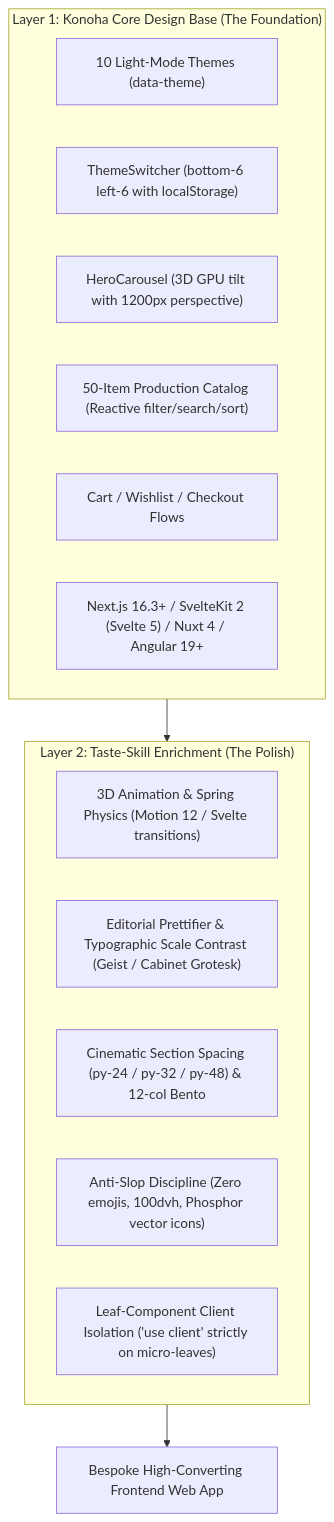
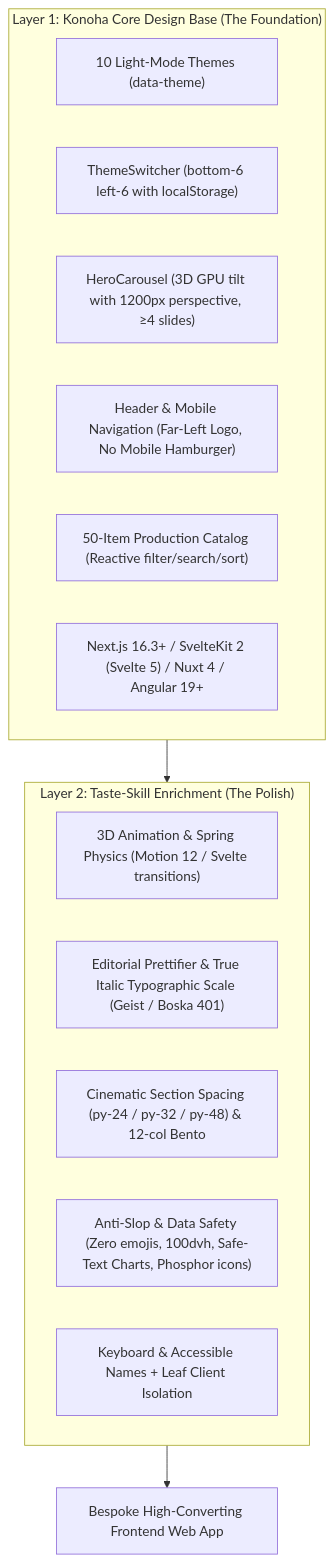
Before and after one commit to andycungkrinx91/konoha: the diagram in src/templates/skills/jonin-skill/references/taste-skill-frontend-expert.md, drawn with Mermaid. The commit also changed other lines of this file and 54 other files, not shown here.

````diff
--- a/src/templates/skills/jonin-skill/references/taste-skill-frontend-expert.md
+++ b/src/templates/skills/jonin-skill/references/taste-skill-frontend-expert.md
@@ -11,22 +12,22 @@
 ```mermaid
 flowchart TD
     subgraph Layer1 ["Layer 1: Konoha Core Design Base (The Foundation)"]
         K1["10 Light-Mode Themes (data-theme)"]
         K2["ThemeSwitcher (bottom-6 left-6 with localStorage)"]
-        K3["HeroCarousel (3D GPU tilt with 1200px perspective)"]
-        K4["50-Item Production Catalog (Reactive filter/search/sort)"]
-        K5["Cart / Wishlist / Checkout Flows"]
+        K3["HeroCarousel (3D GPU tilt with 1200px perspective, ≥4 slides)"]
+        K4["Header & Mobile Navigation (Far-Left Logo, No Mobile Hamburger)"]
+        K5["50-Item Production Catalog (Reactive filter/search/sort)"]
         K6["Next.js 16.3+ / SvelteKit 2 (Svelte 5) / Nuxt 4 / Angular 19+"]
     end
 
     subgraph Layer2 ["Layer 2: Taste-Skill Enrichment (The Polish)"]
         T1["3D Animation & Spring Physics (Motion 12 / Svelte transitions)"]
-        T2["Editorial Prettifier & Typographic Scale Contrast (Geist / Cabinet Grotesk)"]
+        T2["Editorial Prettifier & True Italic Typographic Scale (Geist / Boska 401)"]
         T3["Cinematic Section Spacing (py-24 / py-32 / py-48) & 12-col Bento"]
-        T4["Anti-Slop Discipline (Zero emojis, 100dvh, Phosphor vector icons)"]
-        T5["Leaf-Component Client Isolation ('use client' strictly on micro-leaves)"]
+        T4["Anti-Slop & Data Safety (Zero emojis, 100dvh, Safe-Text Charts, Phosphor icons)"]
+        T5["Keyboard & Accessible Names + Leaf Client Isolation"]
     end
 
     Layer1 --> Layer2
     Layer2 --> ProductionUI["Bespoke High-Converting Frontend Web App"]
 ```
````
